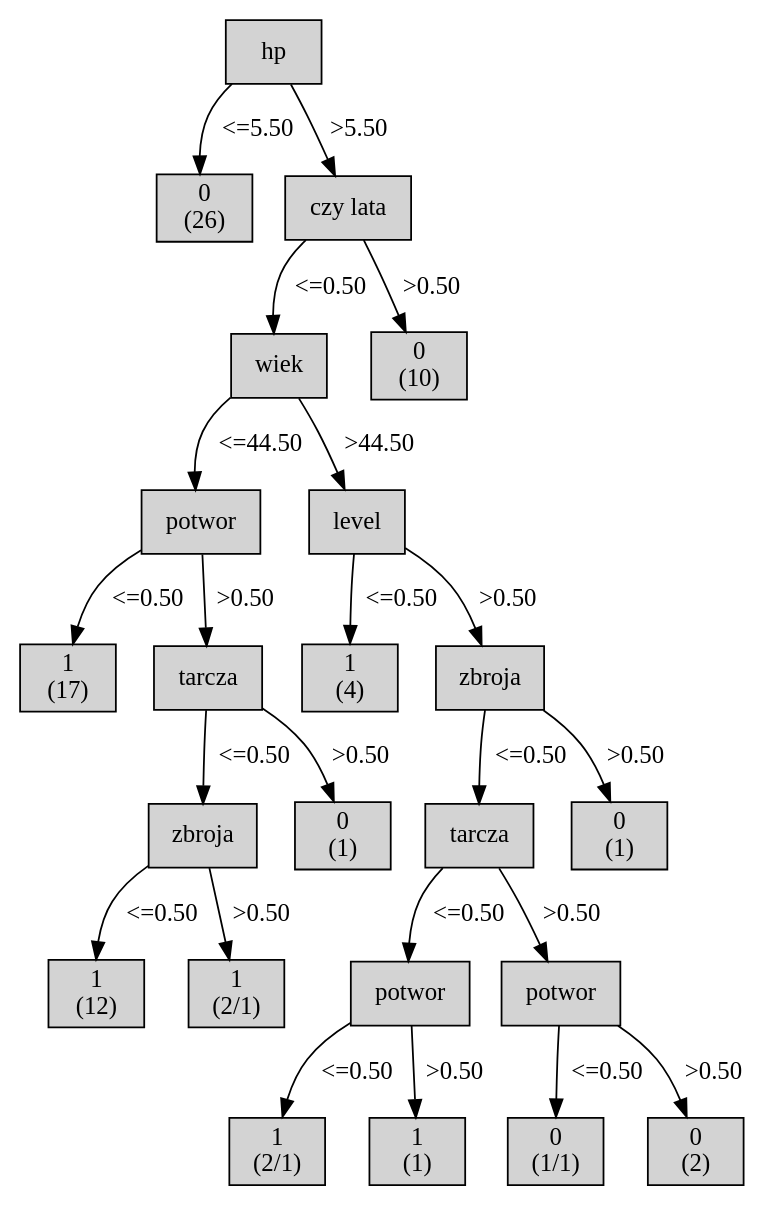
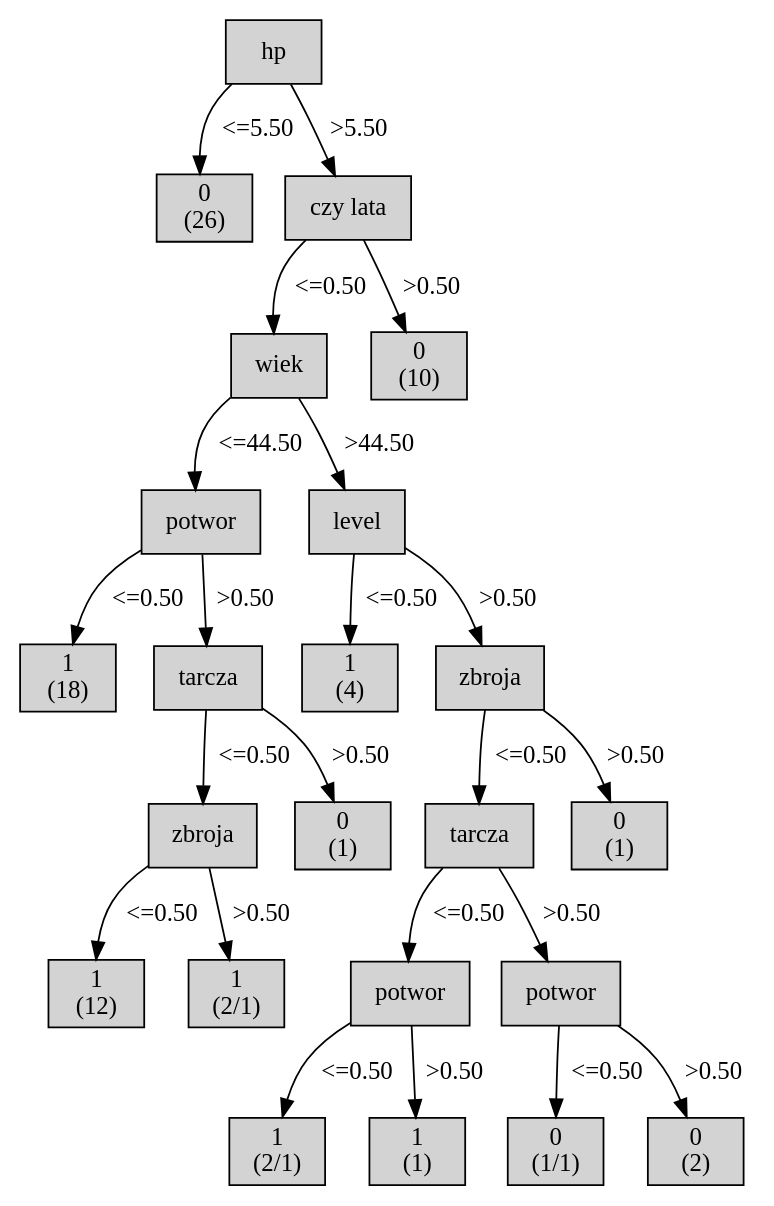
The diagram in out.dot (MikolajSzumigalski/SZILATO2018), drawn with Graphviz before and after one commit. The commit also changed 12 other files, not shown here.

```diff
--- a/out.dot
+++ b/out.dot
@@ -1,90 +1,90 @@
 digraph ID3_Tree {
 "0" [shape=box, style=filled, label="hp
 ", weight=1]
 "1" [shape=box, style=filled, label="0
 (26)
 ", weight=2]
 0 -> 1 [ label = "<=5.50"];
 "2" [shape=box, style=filled, label="czy lata
 ", weight=2]
 0 -> 2 [ label = ">5.50"];
 "3" [shape=box, style=filled, label="wiek
 ", weight=3]
 2 -> 3 [ label = "<=0.50"];
 "4" [shape=box, style=filled, label="potwor
 ", weight=4]
 3 -> 4 [ label = "<=44.50"];
 "5" [shape=box, style=filled, label="1
-(17)
+(18)
 ", weight=5]
 4 -> 5 [ label = "<=0.50"];
 "6" [shape=box, style=filled, label="tarcza
 ", weight=5]
 4 -> 6 [ label = ">0.50"];
 "7" [shape=box, style=filled, label="zbroja
 ", weight=6]
 6 -> 7 [ label = "<=0.50"];
 "8" [shape=box, style=filled, label="1
 (12)
 ", weight=7]
 7 -> 8 [ label = "<=0.50"];
 "9" [shape=box, style=filled, label="1
 (2/1)
 ", weight=7]
 7 -> 9 [ label = ">0.50"];
 "10" [shape=box, style=filled, label="0
 (1)
 ", weight=6]
 6 -> 10 [ label = ">0.50"];
 "11" [shape=box, style=filled, label="level
 ", weight=4]
 3 -> 11 [ label = ">44.50"];
 "12" [shape=box, style=filled, label="1
 (4)
 ", weight=5]
 11 -> 12 [ label = "<=0.50"];
 "13" [shape=box, style=filled, label="zbroja
 ", weight=5]
 11 -> 13 [ label = ">0.50"];
 "14" [shape=box, style=filled, label="tarcza
 ", weight=6]
 13 -> 14 [ label = "<=0.50"];
 "15" [shape=box, style=filled, label="potwor
 ", weight=7]
 14 -> 15 [ label = "<=0.50"];
 "16" [shape=box, style=filled, label="1
 (2/1)
 ", weight=8]
 15 -> 16 [ label = "<=0.50"];
 "17" [shape=box, style=filled, label="1
 (1)
 ", weight=8]
 15 -> 17 [ label = ">0.50"];
 "18" [shape=box, style=filled, label="potwor
 ", weight=7]
 14 -> 18 [ label = ">0.50"];
 "19" [shape=box, style=filled, label="0
 (1/1)
 ", weight=8]
 18 -> 19 [ label = "<=0.50"];
 "20" [shape=box, style=filled, label="0
 (2)
 ", weight=8]
 18 -> 20 [ label = ">0.50"];
 "21" [shape=box, style=filled, label="0
 (1)
 ", weight=6]
 13 -> 21 [ label = ">0.50"];
 "22" [shape=box, style=filled, label="0
 (10)
 ", weight=3]
 2 -> 22 [ label = ">0.50"];
 {rank=same; 0;};
 {rank=same; 1;2;};
 {rank=same; 3;22;};
 {rank=same; 4;11;};
 {rank=same; 5;6;12;13;};
 {rank=same; 7;10;14;21;};
 {rank=same; 8;9;15;18;};
 {rank=same; 16;17;19;20;};
 }
```
